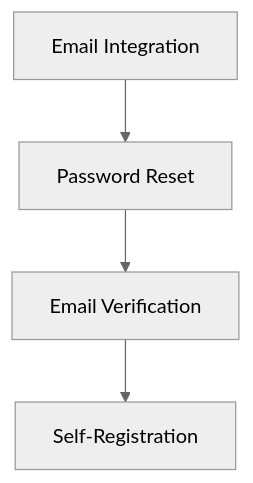
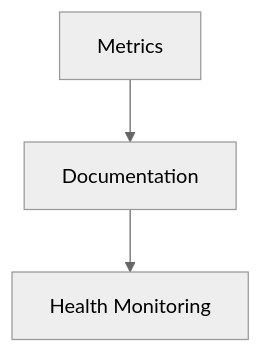
One commit to royzah/OryxID changed the third of 6 diagrams in TODO.md. Above: the diagram before and after it, drawn with Mermaid (neutral theme). The commit also changed other lines of this file, not shown here.

First line of the commit message:
Refocus roadmap on M2M API security use case

````diff
--- a/TODO.md
+++ b/TODO.md
@@ -68,6 +61,5 @@
 ```mermaid
 flowchart TD
-    A[Email Integration] --> B[Password Reset]
-    B --> C[Email Verification]
-    C --> D[Self-Registration]
+    A[Metrics] --> B[Documentation]
+    B --> C[Health Monitoring]
 ```
````
